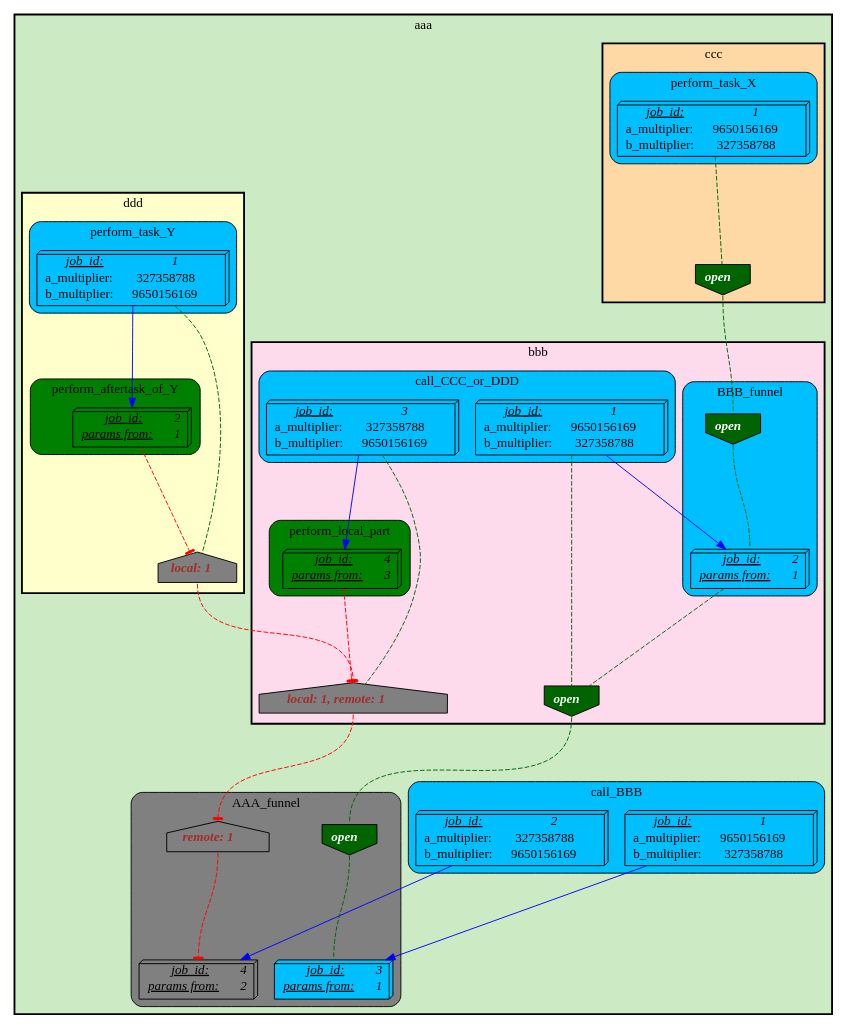
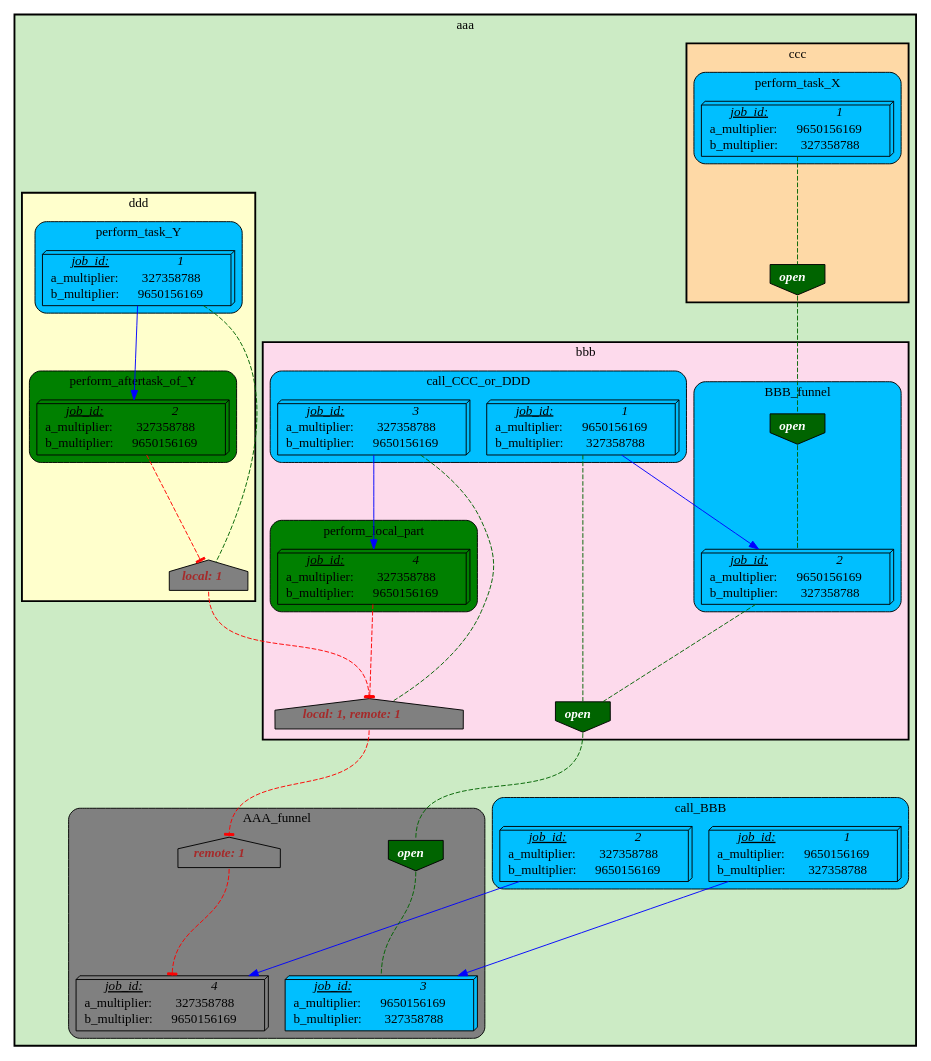
One commit to Ensembl/ensembl-hive changed the diagram in t/03.scripts/visualize_jobs/quad_pipe/quad_pipe_jobs_07.dot. Above: the diagram before and after it, drawn with Graphviz. The commit also changed 27 other files, not shown here.

```diff
--- a/t/03.scripts/visualize_jobs/quad_pipe/quad_pipe_jobs_07.dot
+++ b/t/03.scripts/visualize_jobs/quad_pipe/quad_pipe_jobs_07.dot
@@ -1,143 +1,143 @@
 digraph test {
 	ratio="compress"; name = "JobDependencyGraph"; pad = "0"; ranksep = "1.4"; remincross = "true";
 	job_1__aaa [fillcolor="DeepSkyBlue", label=<<table border="0" cellborder="0" cellspacing="0" cellpadding="1"><tr><td><u><i>job_id:</i></u></td><td><i>1</i></td></tr><tr><td>a_multiplier:</td><td> 9650156169</td></tr><tr><td>b_multiplier:</td><td> 327358788</td></tr></table>>, shape="box3d", style="filled"];
 	job_1__bbb [fillcolor="DeepSkyBlue", label=<<table border="0" cellborder="0" cellspacing="0" cellpadding="1"><tr><td><u><i>job_id:</i></u></td><td><i>1</i></td></tr><tr><td>a_multiplier:</td><td> 9650156169</td></tr><tr><td>b_multiplier:</td><td> 327358788</td></tr></table>>, shape="box3d", style="filled"];
 	job_1__ccc [fillcolor="DeepSkyBlue", label=<<table border="0" cellborder="0" cellspacing="0" cellpadding="1"><tr><td><u><i>job_id:</i></u></td><td><i>1</i></td></tr><tr><td>a_multiplier:</td><td> 9650156169</td></tr><tr><td>b_multiplier:</td><td> 327358788</td></tr></table>>, shape="box3d", style="filled"];
 	job_1__ddd [fillcolor="DeepSkyBlue", label=<<table border="0" cellborder="0" cellspacing="0" cellpadding="1"><tr><td><u><i>job_id:</i></u></td><td><i>1</i></td></tr><tr><td>a_multiplier:</td><td> 327358788</td></tr><tr><td>b_multiplier:</td><td> 9650156169</td></tr></table>>, shape="box3d", style="filled"];
 	job_2__aaa [fillcolor="DeepSkyBlue", label=<<table border="0" cellborder="0" cellspacing="0" cellpadding="1"><tr><td><u><i>job_id:</i></u></td><td><i>2</i></td></tr><tr><td>a_multiplier:</td><td> 327358788</td></tr><tr><td>b_multiplier:</td><td> 9650156169</td></tr></table>>, shape="box3d", style="filled"];
-	job_2__bbb [fillcolor="DeepSkyBlue", label=<<table border="0" cellborder="0" cellspacing="0" cellpadding="1"><tr><td><u><i>job_id:</i></u></td><td><i>2</i></td></tr><tr><td><u><i>params from:</i></u></td><td><i>1</i></td></tr></table>>, shape="box3d", style="filled"];
-	job_2__ddd [fillcolor="green", label=<<table border="0" cellborder="0" cellspacing="0" cellpadding="1"><tr><td><u><i>job_id:</i></u></td><td><i>2</i></td></tr><tr><td><u><i>params from:</i></u></td><td><i>1</i></td></tr></table>>, shape="box3d", style="filled"];
-	job_3__aaa [fillcolor="DeepSkyBlue", label=<<table border="0" cellborder="0" cellspacing="0" cellpadding="1"><tr><td><u><i>job_id:</i></u></td><td><i>3</i></td></tr><tr><td><u><i>params from:</i></u></td><td><i>1</i></td></tr></table>>, shape="box3d", style="filled"];
+	job_2__bbb [fillcolor="DeepSkyBlue", label=<<table border="0" cellborder="0" cellspacing="0" cellpadding="1"><tr><td><u><i>job_id:</i></u></td><td><i>2</i></td></tr><tr><td>a_multiplier:</td><td> 9650156169</td></tr><tr><td>b_multiplier:</td><td> 327358788</td></tr></table>>, shape="box3d", style="filled"];
+	job_2__ddd [fillcolor="green", label=<<table border="0" cellborder="0" cellspacing="0" cellpadding="1"><tr><td><u><i>job_id:</i></u></td><td><i>2</i></td></tr><tr><td>a_multiplier:</td><td> 327358788</td></tr><tr><td>b_multiplier:</td><td> 9650156169</td></tr></table>>, shape="box3d", style="filled"];
+	job_3__aaa [fillcolor="DeepSkyBlue", label=<<table border="0" cellborder="0" cellspacing="0" cellpadding="1"><tr><td><u><i>job_id:</i></u></td><td><i>3</i></td></tr><tr><td>a_multiplier:</td><td> 9650156169</td></tr><tr><td>b_multiplier:</td><td> 327358788</td></tr></table>>, shape="box3d", style="filled"];
 	job_3__bbb [fillcolor="DeepSkyBlue", label=<<table border="0" cellborder="0" cellspacing="0" cellpadding="1"><tr><td><u><i>job_id:</i></u></td><td><i>3</i></td></tr><tr><td>a_multiplier:</td><td> 327358788</td></tr><tr><td>b_multiplier:</td><td> 9650156169</td></tr></table>>, shape="box3d", style="filled"];
-	job_4__aaa [fillcolor="grey", label=<<table border="0" cellborder="0" cellspacing="0" cellpadding="1"><tr><td><u><i>job_id:</i></u></td><td><i>4</i></td></tr><tr><td><u><i>params from:</i></u></td><td><i>2</i></td></tr></table>>, shape="box3d", style="filled"];
-	job_4__bbb [fillcolor="green", label=<<table border="0" cellborder="0" cellspacing="0" cellpadding="1"><tr><td><u><i>job_id:</i></u></td><td><i>4</i></td></tr><tr><td><u><i>params from:</i></u></td><td><i>3</i></td></tr></table>>, shape="box3d", style="filled"];
+	job_4__aaa [fillcolor="grey", label=<<table border="0" cellborder="0" cellspacing="0" cellpadding="1"><tr><td><u><i>job_id:</i></u></td><td><i>4</i></td></tr><tr><td>a_multiplier:</td><td> 327358788</td></tr><tr><td>b_multiplier:</td><td> 9650156169</td></tr></table>>, shape="box3d", style="filled"];
+	job_4__bbb [fillcolor="green", label=<<table border="0" cellborder="0" cellspacing="0" cellpadding="1"><tr><td><u><i>job_id:</i></u></td><td><i>4</i></td></tr><tr><td>a_multiplier:</td><td> 327358788</td></tr><tr><td>b_multiplier:</td><td> 9650156169</td></tr></table>>, shape="box3d", style="filled"];
 	semaphore_1__aaa [fillcolor="darkgreen", label=<<table border="0" cellborder="0" cellspacing="0" cellpadding="1"><tr><td colspan="3"><font color="white"><b><i>open</i></b></font></td></tr></table>>, margin="0,0", shape="invhouse", style="filled"];
 	semaphore_1__bbb [fillcolor="darkgreen", label=<<table border="0" cellborder="0" cellspacing="0" cellpadding="1"><tr><td colspan="3"><font color="white"><b><i>open</i></b></font></td></tr></table>>, margin="0,0", shape="invhouse", style="filled"];
 	semaphore_1__ccc [fillcolor="darkgreen", label=<<table border="0" cellborder="0" cellspacing="0" cellpadding="1"><tr><td colspan="3"><font color="white"><b><i>open</i></b></font></td></tr></table>>, margin="0,0", shape="invhouse", style="filled"];
 	semaphore_1__ddd [fillcolor="grey", label=<<table border="0" cellborder="0" cellspacing="0" cellpadding="1"><tr><td colspan="3"><font color="brown"><b><i>local: 1</i></b></font></td></tr></table>>, margin="0,0", shape="house", style="filled"];
 	semaphore_2__aaa [fillcolor="grey", label=<<table border="0" cellborder="0" cellspacing="0" cellpadding="1"><tr><td colspan="3"><font color="brown"><b><i>remote: 1</i></b></font></td></tr></table>>, margin="0,0", shape="house", style="filled"];
 	semaphore_2__bbb [fillcolor="darkgreen", label=<<table border="0" cellborder="0" cellspacing="0" cellpadding="1"><tr><td colspan="3"><font color="white"><b><i>open</i></b></font></td></tr></table>>, margin="0,0", shape="invhouse", style="filled"];
 	semaphore_3__bbb [fillcolor="grey", label=<<table border="0" cellborder="0" cellspacing="0" cellpadding="1"><tr><td colspan="3"><font color="brown"><b><i>local: 1, remote: 1</i></b></font></td></tr></table>>, margin="0,0", shape="house", style="filled"];
 	job_1__aaa -> job_3__aaa [color="blue"];
 	job_1__bbb -> job_2__bbb [color="blue"];
 	job_1__bbb -> semaphore_1__bbb [arrowhead="none", color="darkgreen", style="dashed"];
 	job_1__ccc -> semaphore_1__ccc [arrowhead="none", color="darkgreen", style="dashed"];
 	job_1__ddd -> job_2__ddd [color="blue"];
 	job_1__ddd -> semaphore_1__ddd [arrowhead="none", color="darkgreen", style="dashed"];
 	job_2__aaa -> job_4__aaa [color="blue"];
 	job_2__bbb -> semaphore_1__bbb [arrowhead="none", color="darkgreen", style="dashed"];
 	job_2__ddd -> semaphore_1__ddd [arrowhead="tee", color="red", style="dashed"];
 	job_3__bbb -> job_4__bbb [color="blue"];
 	job_3__bbb -> semaphore_3__bbb [arrowhead="none", color="darkgreen", style="dashed"];
 	job_4__bbb -> semaphore_3__bbb [arrowhead="tee", color="red", style="dashed"];
 	semaphore_1__aaa -> job_3__aaa [arrowhead="none", color="darkgreen", headport="n", style="dashed", tailport="s"];
 	semaphore_1__bbb -> semaphore_1__aaa [arrowhead="none", color="darkgreen", headport="n", style="dashed", tailport="s"];
 	semaphore_1__ccc -> semaphore_2__bbb [arrowhead="none", color="darkgreen", headport="n", style="dashed", tailport="s"];
 	semaphore_1__ddd -> semaphore_3__bbb [arrowhead="tee", color="red", headport="n", style="dashed", tailport="s"];
 	semaphore_2__aaa -> job_4__aaa [arrowhead="tee", color="red", headport="n", style="dashed", tailport="s"];
 	semaphore_2__bbb -> job_2__bbb [arrowhead="none", color="darkgreen", headport="n", style="dashed", tailport="s"];
 	semaphore_3__bbb -> semaphore_2__aaa [arrowhead="tee", color="red", headport="n", style="dashed", tailport="s"];
 
 subgraph cluster_aaa {
 	label="aaa";
 	style="bold,filled";
 	colorscheme="pastel19";
 	fillcolor="3";
 	color="";
 	subgraph cluster_AAA_funnel {
 		label="AAA_funnel";
 		style="rounded,filled";
 		colorscheme="X11";
 		fillcolor="grey";
 		color="";
 		job_3__aaa;
 		job_4__aaa;
 		semaphore_1__aaa;
 		semaphore_2__aaa;
 	}
 	subgraph cluster_bbb {
 		label="bbb";
 		style="bold,filled";
 		colorscheme="pastel19";
 		fillcolor="8";
 		color="";
 		subgraph cluster_ehive_test_vj_1___BBB_funnel {
 			label="BBB_funnel";
 			style="rounded,filled";
 			colorscheme="X11";
 			fillcolor="DeepSkyBlue";
 			color="";
 			job_2__bbb;
 			semaphore_2__bbb;
 		}
 		subgraph cluster_ehive_test_vj_1___call_CCC_or_DDD {
 			label="call_CCC_or_DDD";
 			style="rounded,filled";
 			colorscheme="X11";
 			fillcolor="DeepSkyBlue";
 			color="";
 			job_1__bbb;
 			job_3__bbb;
 		}
 		subgraph cluster_ehive_test_vj_1___perform_local_part {
 			label="perform_local_part";
 			style="rounded,filled";
 			colorscheme="X11";
 			fillcolor="green";
 			color="";
 			job_4__bbb;
 		}
 		semaphore_1__bbb;
 		semaphore_3__bbb;
 	}
 	subgraph cluster_call_BBB {
 		label="call_BBB";
 		style="rounded,filled";
 		colorscheme="X11";
 		fillcolor="DeepSkyBlue";
 		color="";
 		job_1__aaa;
 		job_2__aaa;
 	}
 	subgraph cluster_ccc {
 		label="ccc";
 		style="bold,filled";
 		colorscheme="pastel19";
 		fillcolor="5";
 		color="";
 		subgraph cluster_ehive_test_vj_2___perform_task_X {
 			label="perform_task_X";
 			style="rounded,filled";
 			colorscheme="X11";
 			fillcolor="DeepSkyBlue";
 			color="";
 			job_1__ccc;
 		}
 		semaphore_1__ccc;
 	}
 	subgraph cluster_ddd {
 		label="ddd";
 		style="bold,filled";
 		colorscheme="pastel19";
 		fillcolor="6";
 		color="";
 		subgraph cluster_ehive_test_vj_3___perform_aftertask_of_Y {
 			label="perform_aftertask_of_Y";
 			style="rounded,filled";
 			colorscheme="X11";
 			fillcolor="green";
 			color="";
 			job_2__ddd;
 		}
 		subgraph cluster_ehive_test_vj_3___perform_task_Y {
 			label="perform_task_Y";
 			style="rounded,filled";
 			colorscheme="X11";
 			fillcolor="DeepSkyBlue";
 			color="";
 			job_1__ddd;
 		}
 		semaphore_1__ddd;
 	}
 }
 }
```
